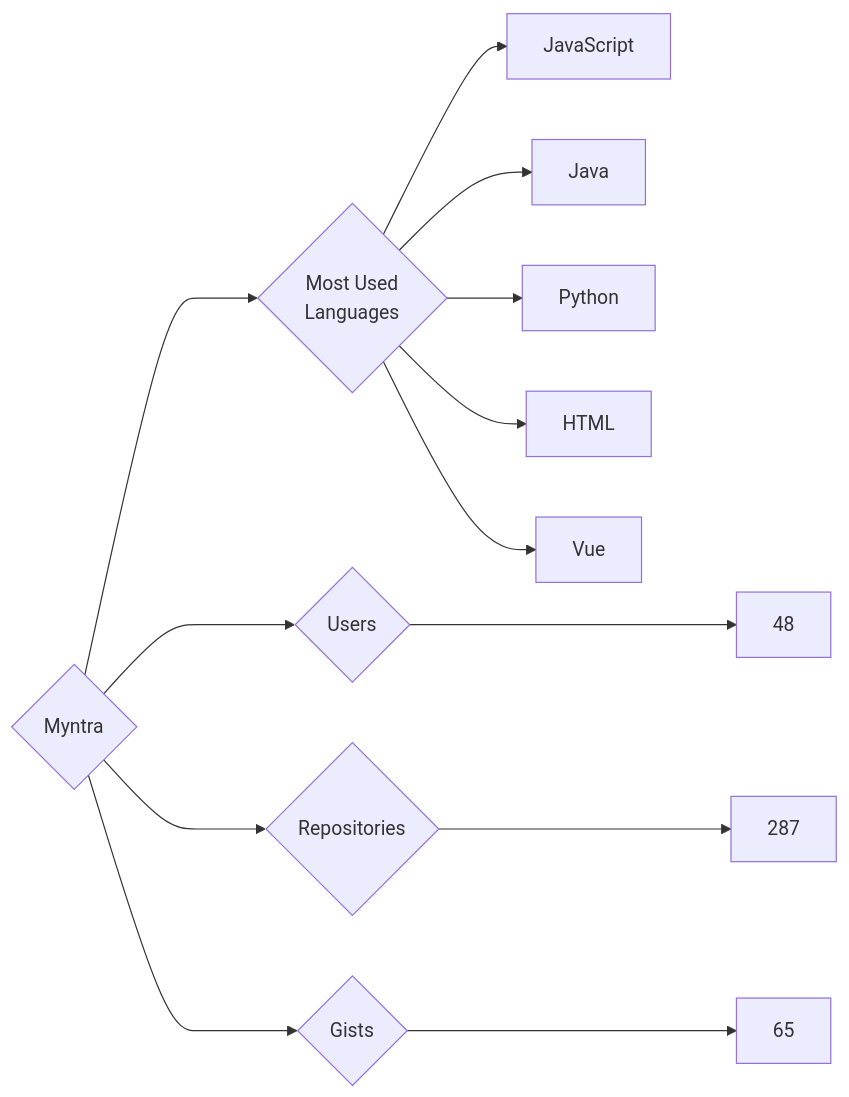
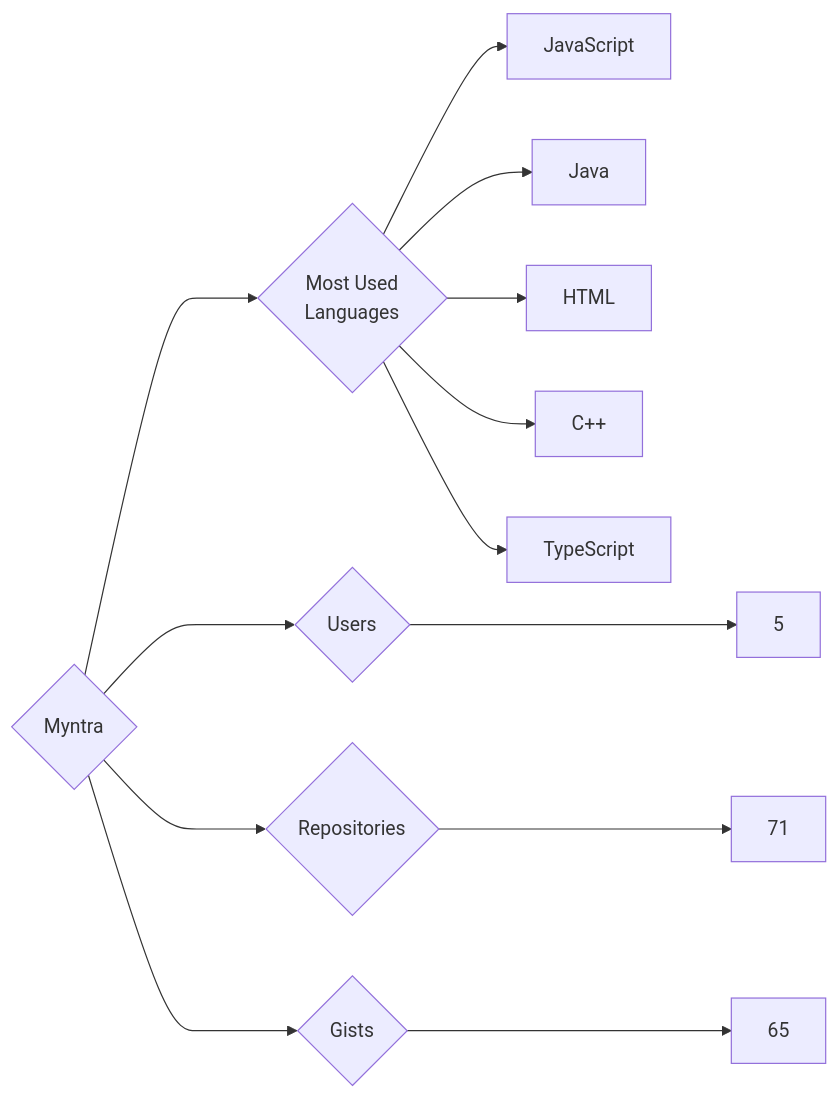
Before and after one commit to trickest/insiders: the diagram in targets/Myntra/README.md, drawn with Mermaid. The commit also changed 770 other files, not shown here.

````diff
--- a/targets/Myntra/README.md
+++ b/targets/Myntra/README.md
@@ -3,13 +3,13 @@
 ```mermaid
 graph LR
 COMPANY_NAME{Myntra}
-COMPANY_NAME ---> U{Users} ---> UN[48]
-COMPANY_NAME ---> R{Repositories} ---> RN[287]
+COMPANY_NAME ---> U{Users} ---> UN[5]
+COMPANY_NAME ---> R{Repositories} ---> RN[71]
 COMPANY_NAME ---> G{Gists} ---> GN[65]
 COMPANY_NAME ---> ML{Most Used<br>Languages}
 ML --> JavaScript[JavaScript]
 ML --> Java[Java]
-ML --> Python[Python]
 ML --> HTML[HTML]
-ML --> Vue[Vue]
+ML --> C++[C++]
+ML --> TypeScript[TypeScript]
 ```
````
